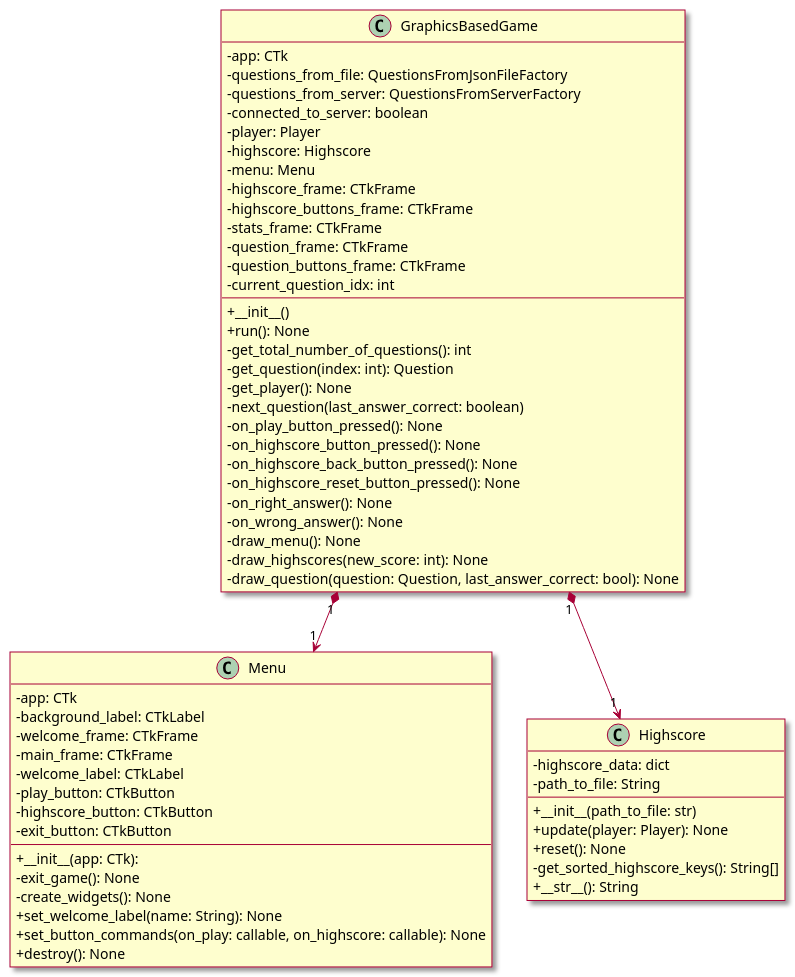
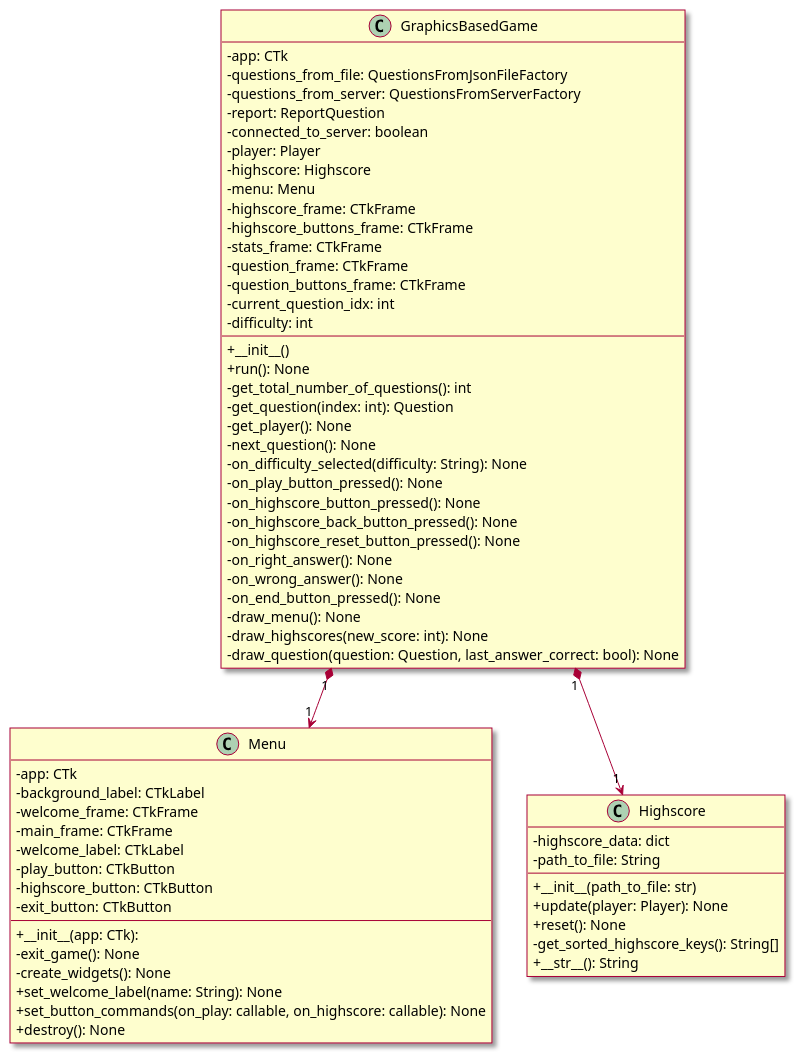
The diagram in diagrams/GUI_class_diagram.puml (killuari/quiz_game_ctk), drawn with PlantUML before and after one commit. The commit also changed 1 other file, not shown here.

Commit message:
Fix Question not looping on wrong answer

```diff
--- a/diagrams/GUI_class_diagram.puml
+++ b/diagrams/GUI_class_diagram.puml
@@ -1,68 +1,72 @@
 @startuml
 hide empty members
 skin rose
 skinparam classAttributeIconSize 0
 
 class GraphicsBasedGame {
     - app: CTk
     - questions_from_file: QuestionsFromJsonFileFactory
     - questions_from_server: QuestionsFromServerFactory
+    - report: ReportQuestion
     - connected_to_server: boolean
     - player: Player
     - highscore: Highscore
     - menu: Menu
     - highscore_frame: CTkFrame
     - highscore_buttons_frame: CTkFrame
     - stats_frame: CTkFrame
     - question_frame: CTkFrame
     - question_buttons_frame: CTkFrame
     - current_question_idx: int
+    - difficulty: int
     + __init__()
     + run(): None
     - get_total_number_of_questions(): int
     - get_question(index: int): Question
     - get_player(): None
-    - next_question(last_answer_correct: boolean)
+    - next_question(): None
+    - on_difficulty_selected(difficulty: String): None
     - on_play_button_pressed(): None
     - on_highscore_button_pressed(): None
     - on_highscore_back_button_pressed(): None
     - on_highscore_reset_button_pressed(): None
     - on_right_answer(): None
     - on_wrong_answer(): None
+    - on_end_button_pressed(): None
     - draw_menu(): None
     - draw_highscores(new_score: int): None
     - draw_question(question: Question, last_answer_correct: bool): None
 
 }
 
 class Menu {
     - app: CTk
     - background_label: CTkLabel
     - welcome_frame: CTkFrame
     - main_frame: CTkFrame
     - welcome_label: CTkLabel
     - play_button: CTkButton
     - highscore_button: CTkButton
     - exit_button: CTkButton
     + __init__(app: CTk):
     - exit_game(): None
     - create_widgets(): None
     + set_welcome_label(name: String): None
     + set_button_commands(on_play: callable, on_highscore: callable): None
     + destroy(): None
 }
 
 class Highscore {
     - highscore_data: dict
     - path_to_file: String
     + __init__(path_to_file: str)
     + update(player: Player): None
     + reset(): None
     - get_sorted_highscore_keys(): String[]
     + __str__(): String
 }
 
 GraphicsBasedGame "1" *--> "1" Menu
 GraphicsBasedGame "1" *--> "1" Highscore
 
 @enduml
```
